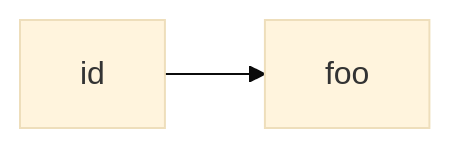
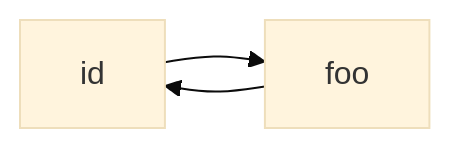
One commit to vmlyr-hari/vml-augmented-humans changed the diagram in index.qmd. Above: the diagram before and after it, drawn with Mermaid (base theme).

````diff
--- a/index.qmd
+++ b/index.qmd
@@ -7,5 +7,6 @@
 ```{mermaid}
 flowchart LR
-    id -->  foo
+    id --> foo
+    foo --> id
 
 ```
````
